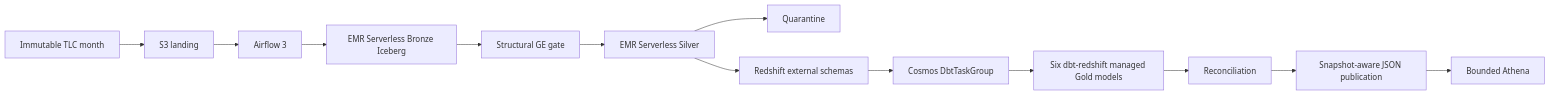
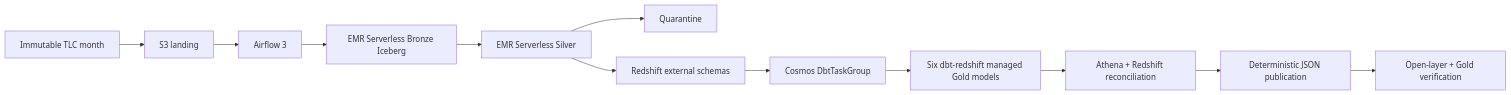
The diagram in docs/ARCHITECTURE.md (mtoanng/Spark-Iceberg-Redshift-Lakehouse), drawn with Mermaid before and after one commit. The commit also changed other lines of this file and 59 other files, not shown here.

````diff
--- a/docs/ARCHITECTURE.md
+++ b/docs/ARCHITECTURE.md
@@ -3,15 +3,14 @@
 ```mermaid
 flowchart LR
   TLC[Immutable TLC month] --> S3[S3 landing]
   S3 --> AF[Airflow 3]
   AF --> B[EMR Serverless Bronze Iceberg]
-  B --> GE[Structural GE gate]
-  GE --> S[EMR Serverless Silver]
+  B --> S[EMR Serverless Silver]
   S --> Q[Quarantine]
   S --> X[Redshift external schemas]
   X --> C[Cosmos DbtTaskGroup]
   C --> G[Six dbt-redshift managed Gold models]
-  G --> R[Reconciliation]
-  R --> P[Snapshot-aware JSON publication]
-  P --> A[Bounded Athena]
+  G --> R[Athena + Redshift reconciliation]
+  R --> P[Deterministic JSON publication]
+  P --> V[Open-layer + Gold verification]
 ```
````
